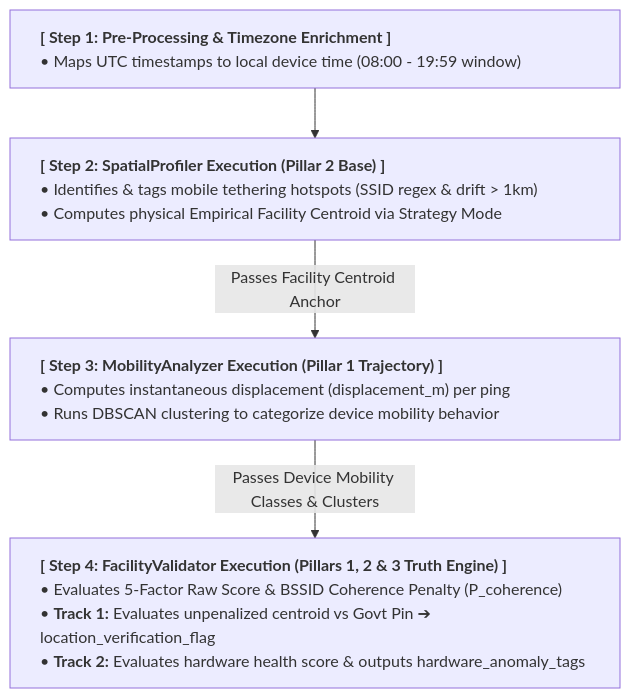
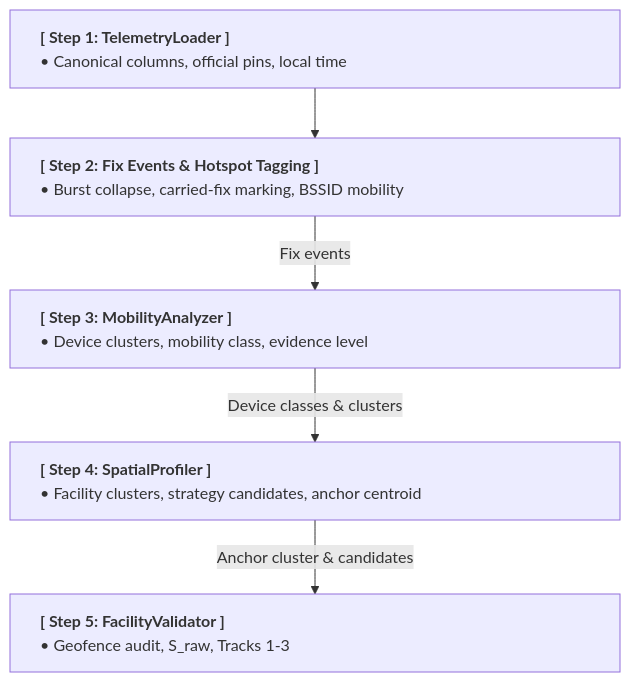
Before and after one commit to unicef/gigameter-research: the second of 5 diagrams in docs/blueprint/technical_blueprint.md, drawn with Mermaid. The commit also changed other lines of this file and 10 other files, not shown here.

````diff
--- a/docs/blueprint/technical_blueprint.md
+++ b/docs/blueprint/technical_blueprint.md
@@ -64,14 +81,13 @@
 ```mermaid
 graph TD
-    S1["<div style='min-width: 550px; text-align: left;'><b>[ Step 1: Pre-Processing & Timezone Enrichment ]</b><br/>• Maps UTC timestamps to local device time (08:00 - 19:59 window)</div>"]
-
-    S2["<div style='min-width: 550px; text-align: left;'><b>[ Step 2: SpatialProfiler Execution (Pillar 2 Base) ]</b><br/>• Identifies & tags mobile tethering hotspots (SSID regex & drift > 1km)<br/>• Computes physical Empirical Facility Centroid via Strategy Mode</div>"]
-
-    S3["<div style='min-width: 550px; text-align: left;'><b>[ Step 3: MobilityAnalyzer Execution (Pillar 1 Trajectory) ]</b><br/>• Computes instantaneous displacement (displacement_m) per ping<br/>• Runs DBSCAN clustering to categorize device mobility behavior</div>"]
-
-    S4["<div style='min-width: 550px; text-align: left;'><b>[ Step 4: FacilityValidator Execution (Pillars 1, 2 & 3 Truth Engine) ]</b><br/>• Evaluates 5-Factor Raw Score & BSSID Coherence Penalty (P_coherence)<br/>• <b>Track 1:</b> Evaluates unpenalized centroid vs Govt Pin ➔ location_verification_flag<br/>• <b>Track 2:</b> Evaluates hardware health score & outputs hardware_anomaly_tags</div>"]
+    S1["<div style='min-width: 550px; text-align: left;'><b>[ Step 1: TelemetryLoader ]</b><br/>• Canonical columns, official pins, local time</div>"]
+    S2["<div style='min-width: 550px; text-align: left;'><b>[ Step 2: Fix Events & Hotspot Tagging ]</b><br/>• Burst collapse, carried-fix marking, BSSID mobility</div>"]
+    S3["<div style='min-width: 550px; text-align: left;'><b>[ Step 3: MobilityAnalyzer ]</b><br/>• Device clusters, mobility class, evidence level</div>"]
+    S4["<div style='min-width: 550px; text-align: left;'><b>[ Step 4: SpatialProfiler ]</b><br/>• Facility clusters, strategy candidates, anchor centroid</div>"]
+    S5["<div style='min-width: 550px; text-align: left;'><b>[ Step 5: FacilityValidator ]</b><br/>• Geofence audit, S_raw, Tracks 1-3</div>"]
 
     S1 --> S2
-    S2 -->|Passes Facility Centroid Anchor| S3
-    S3 -->|Passes Device Mobility Classes & Clusters| S4
+    S2 -->|Fix events| S3
+    S3 -->|Device classes & clusters| S4
+    S4 -->|Anchor cluster & candidates| S5
 ```
````
